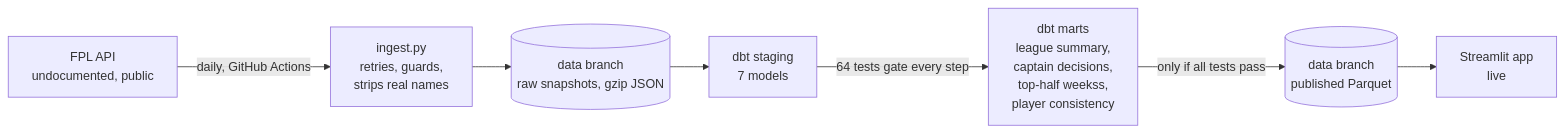
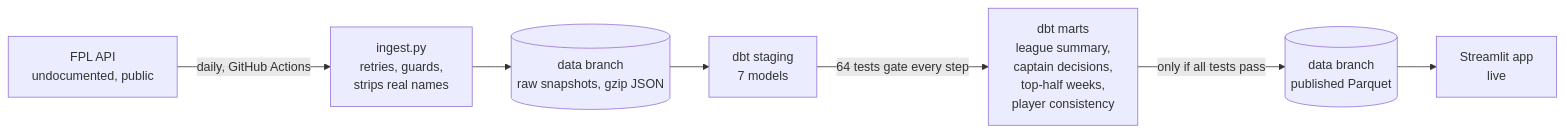
Before and after one commit to Hesh18/Fpl-Mini-League-Analysis: the diagram in README.md, drawn with Mermaid. The commit also changed other lines of this file and 2 other files, not shown here.

````diff
--- a/README.md
+++ b/README.md
@@ -31,9 +36,9 @@
 ```mermaid
 flowchart LR
     API["FPL API<br/>undocumented, public"] -->|daily, GitHub Actions| ING["ingest.py<br/>retries, guards,<br/>strips real names"]
     ING --> RAW[("data branch<br/>raw snapshots, gzip JSON")]
     RAW --> STG["dbt staging<br/>7 models"]
-    STG -->|64 tests gate every step| MART["dbt marts<br/>league summary,<br/>captain decisions,<br/>top-half weekss,<br/>player consistency"]
+    STG -->|64 tests gate every step| MART["dbt marts<br/>league summary,<br/>captain decisions,<br/>top-half weeks,<br/>player consistency"]
     MART -->|only if all tests pass| PUB[("data branch<br/>published Parquet")]
     PUB --> APP["Streamlit app<br/>live"]
 ```
````
